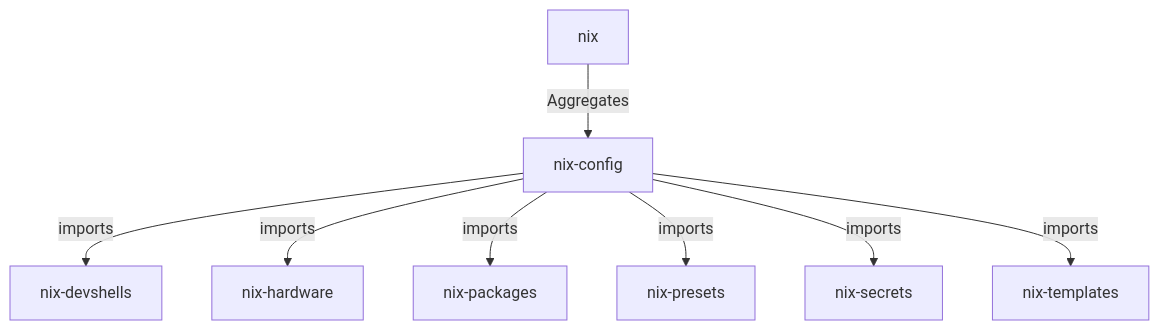
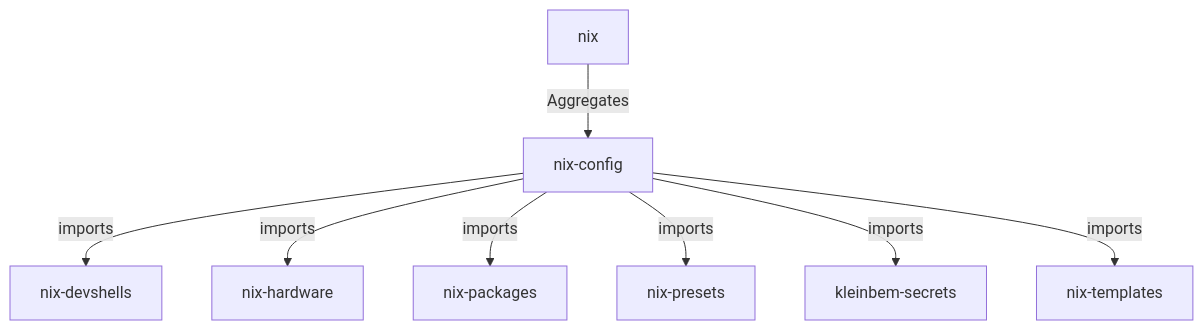
One commit to kleinbem/nix changed the diagram in .agent/architecture.md. Above: the diagram before and after it, drawn with Mermaid. The commit also changed other lines of this file and 11 other files, not shown here.

````diff
--- a/.agent/architecture.md
+++ b/.agent/architecture.md
@@ -8,10 +9,10 @@
 ```mermaid
 graph TD;
     Meta[nix] -- Aggregates --> nix-config
     nix-config -- imports --> nix-devshells
     nix-config -- imports --> nix-hardware
     nix-config -- imports --> nix-packages
     nix-config -- imports --> nix-presets
-    nix-config -- imports --> nix-secrets
+    nix-config -- imports --> kleinbem-secrets
     nix-config -- imports --> nix-templates
 ```
````
